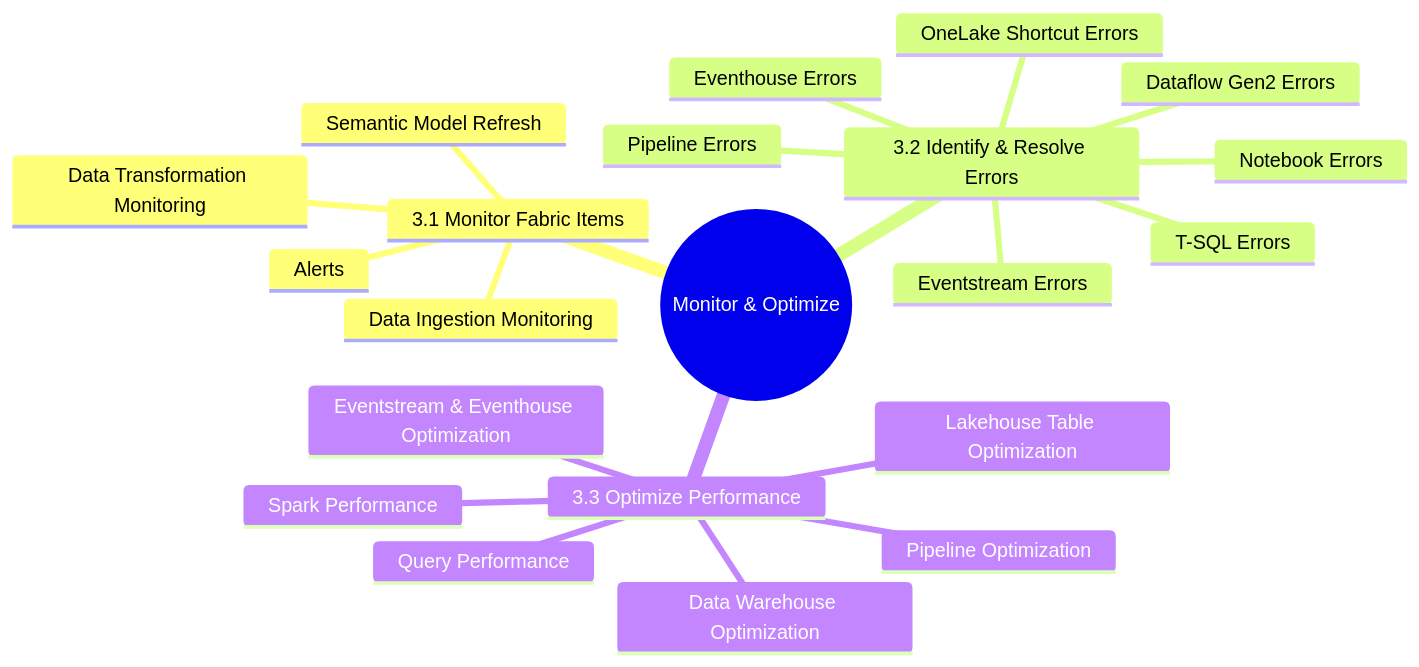
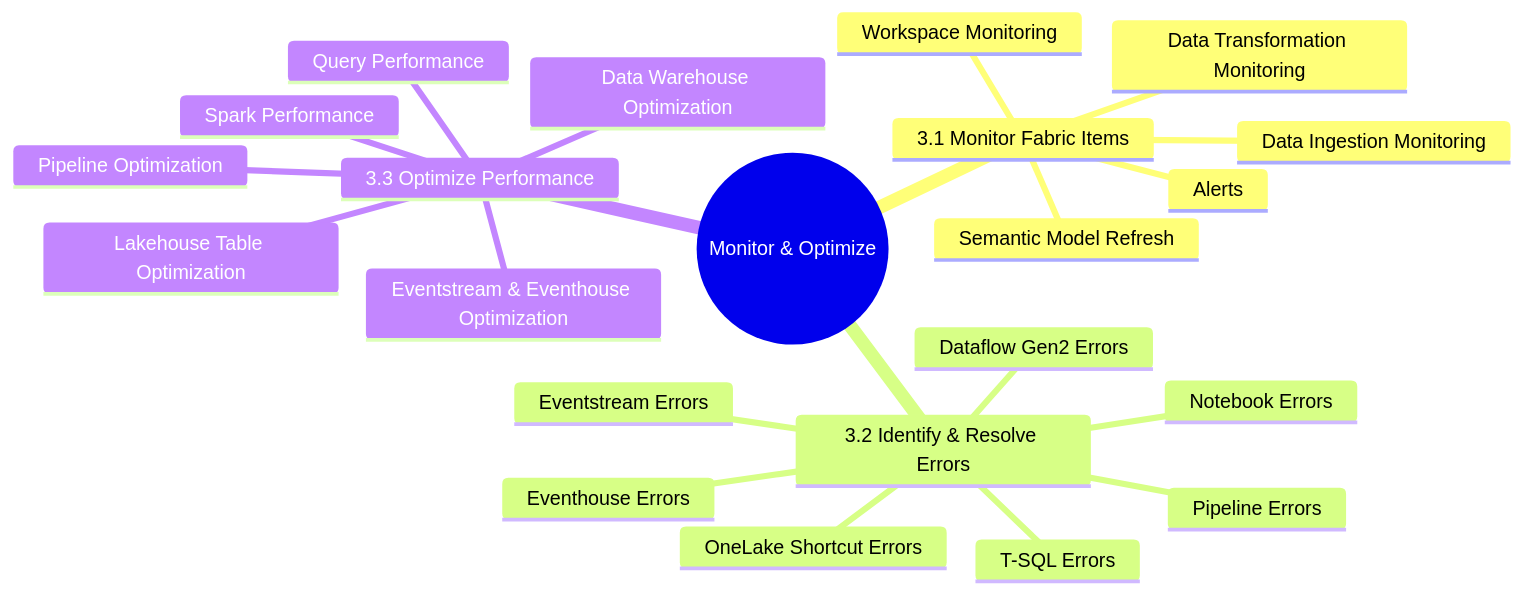
The first of 5 diagrams in 03-monitor-optimize-analytics-solution.md (marcogrimaldi29/dp-700-study-notes), drawn with Mermaid before and after one commit. The commit also changed other lines of this file and 7 other files, not shown here.

````diff
--- a/03-monitor-optimize-analytics-solution.md
+++ b/03-monitor-optimize-analytics-solution.md
@@ -18,24 +18,25 @@
 ```mermaid
 mindmap
   root((Monitor & Optimize))
     3.1 Monitor Fabric Items
       Data Ingestion Monitoring
       Data Transformation Monitoring
       Semantic Model Refresh
+      Workspace Monitoring
       Alerts
     3.2 Identify & Resolve Errors
       Pipeline Errors
       Dataflow Gen2 Errors
       Notebook Errors
       Eventhouse Errors
       Eventstream Errors
       T-SQL Errors
       OneLake Shortcut Errors
     3.3 Optimize Performance
       Lakehouse Table Optimization
       Pipeline Optimization
       Data Warehouse Optimization
       Eventstream & Eventhouse Optimization
       Spark Performance
       Query Performance
 ```
````
